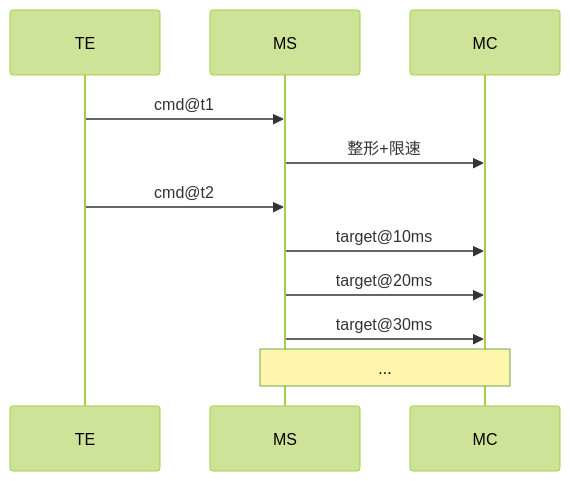
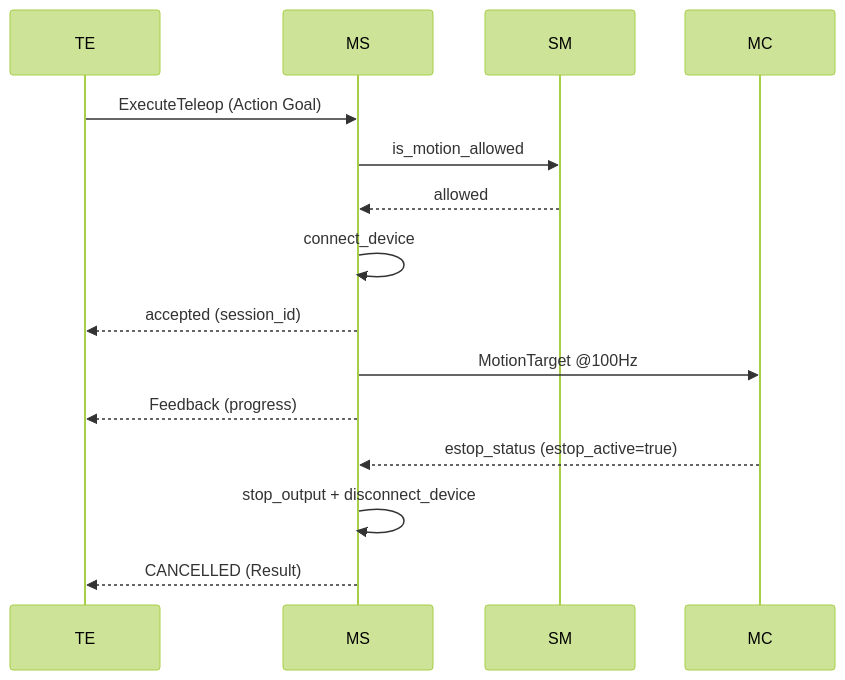
The third of 3 diagrams in design/layer_05_motion/ms_design.md (Tomaxwell/HomoBot), drawn with Mermaid (forest theme) before and after one commit. The commit also changed other lines of this file and 66 other files, not shown here.

````diff
--- a/design/layer_05_motion/ms_design.md
+++ b/design/layer_05_motion/ms_design.md
@@ -376,13 +457,17 @@
 ```mermaid
 sequenceDiagram
     participant TE
     participant MS
+    participant SM
     participant MC
-    TE->>MS: cmd@t1
-    MS->>MC: 整形+限速
-    TE->>MS: cmd@t2
-    MS->>MC: target@10ms
-    MS->>MC: target@20ms
-    MS->>MC: target@30ms
-    Note over MS,MC: ...
+    TE->>MS: ExecuteTeleop (Action Goal)
+    MS->>SM: is_motion_allowed
+    SM-->>MS: allowed
+    MS->>MS: connect_device
+    MS-->>TE: accepted (session_id)
+    MS->>MC: MotionTarget @100Hz
+    MS-->>TE: Feedback (progress)
+    MC-->>MS: estop_status (estop_active=true)
+    MS->>MS: stop_output + disconnect_device
+    MS-->>TE: CANCELLED (Result)
 ```
````
